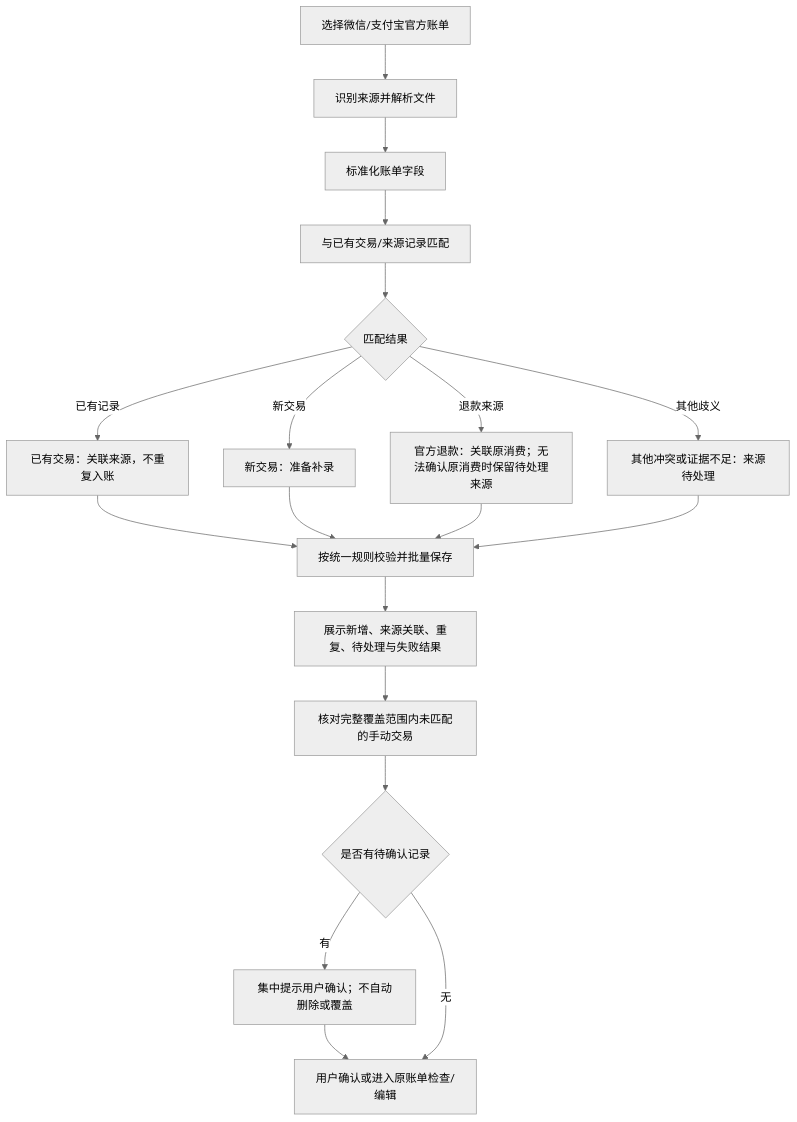
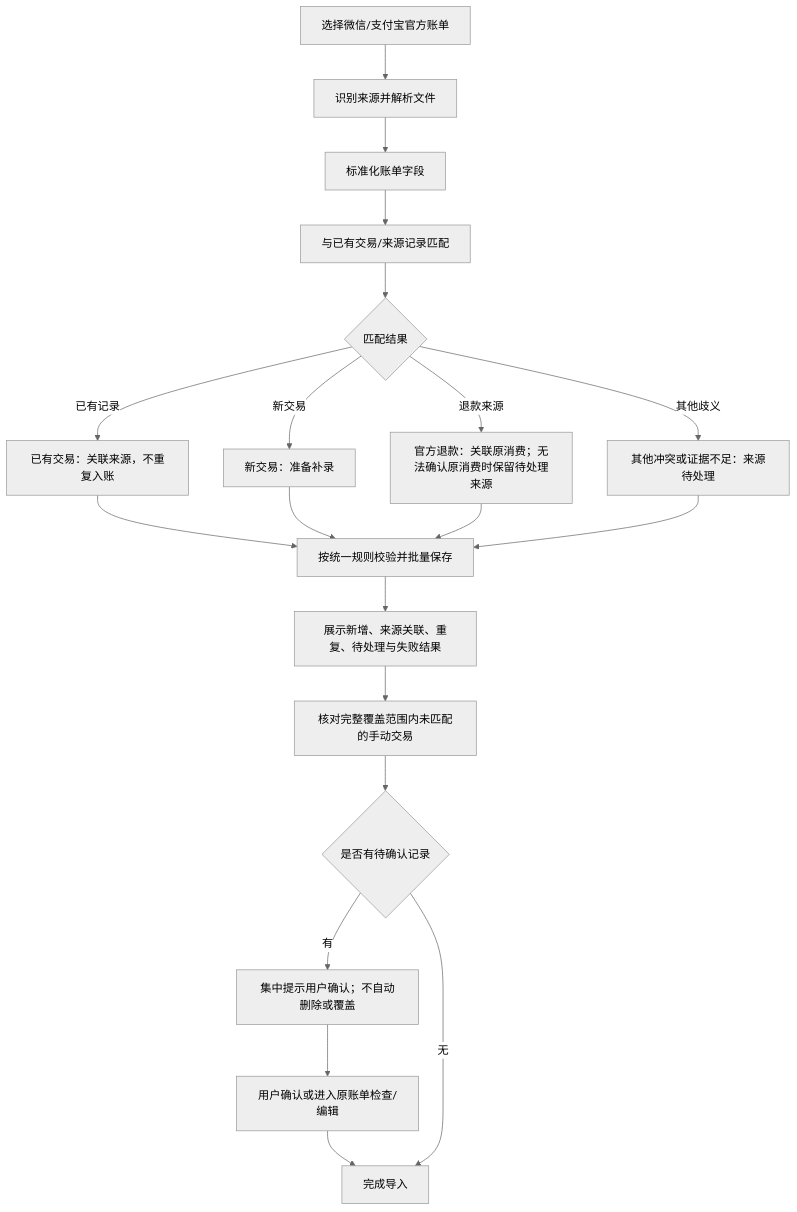
One commit to AsteriaAnna/ledger-final changed the third of 3 diagrams in docs/PRODUCT_FUNCTION_MAP.md. Above: the diagram before and after it, drawn with Mermaid (neutral theme).

Commit message:
docs: correct import review flow completion path

````diff
--- a/docs/PRODUCT_FUNCTION_MAP.md
+++ b/docs/PRODUCT_FUNCTION_MAP.md
@@ -178,31 +178,32 @@
 ```mermaid
 flowchart TD
     A["选择微信/支付宝官方账单"]
     B["识别来源并解析文件"]
     C["标准化账单字段"]
     D["与已有交易/来源记录匹配"]
     E{"匹配结果"}
     F["已有交易：关联来源，不重复入账"]
     G["新交易：准备补录"]
     H["官方退款：关联原消费；无法确认原消费时保留待处理来源"]
     P["其他冲突或证据不足：来源待处理"]
     I["按统一规则校验并批量保存"]
     J["展示新增、来源关联、重复、待处理与失败结果"]
     K["核对完整覆盖范围内未匹配的手动交易"]
     L{"是否有待确认记录"}
     M["集中提示用户确认；不自动删除或覆盖"]
     N["用户确认或进入原账单检查/编辑"]
+    O["完成导入"]
 
     A --> B --> C --> D --> E
     E -->|已有记录| F
     E -->|新交易| G
     E -->|退款来源| H
     E -->|其他歧义| P
     F --> I
     G --> I
     H --> I
     P --> I
     I --> J --> K --> L
-    L -->|有| M --> N
-    L -->|无| N
+    L -->|有| M --> N --> O
+    L -->|无| O
 ```
````
